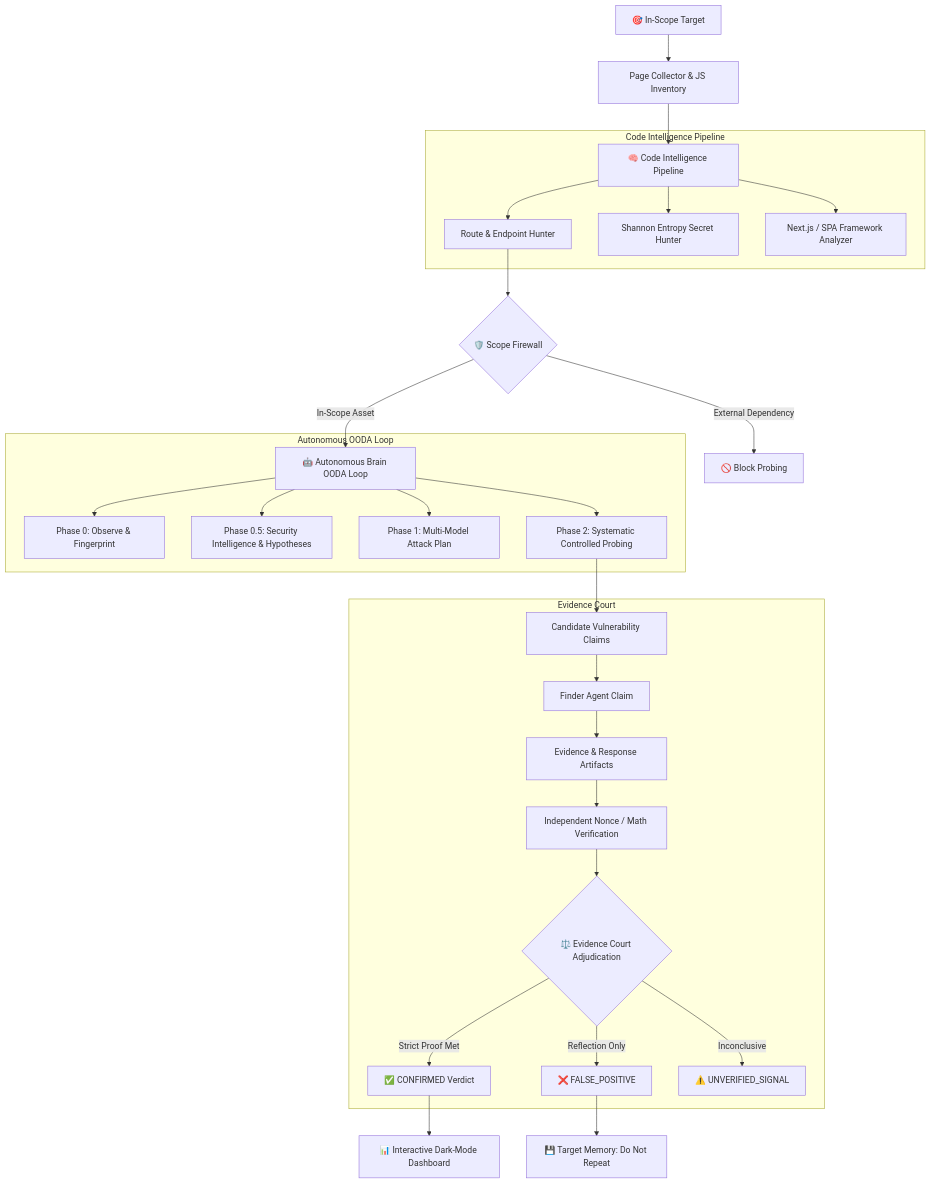
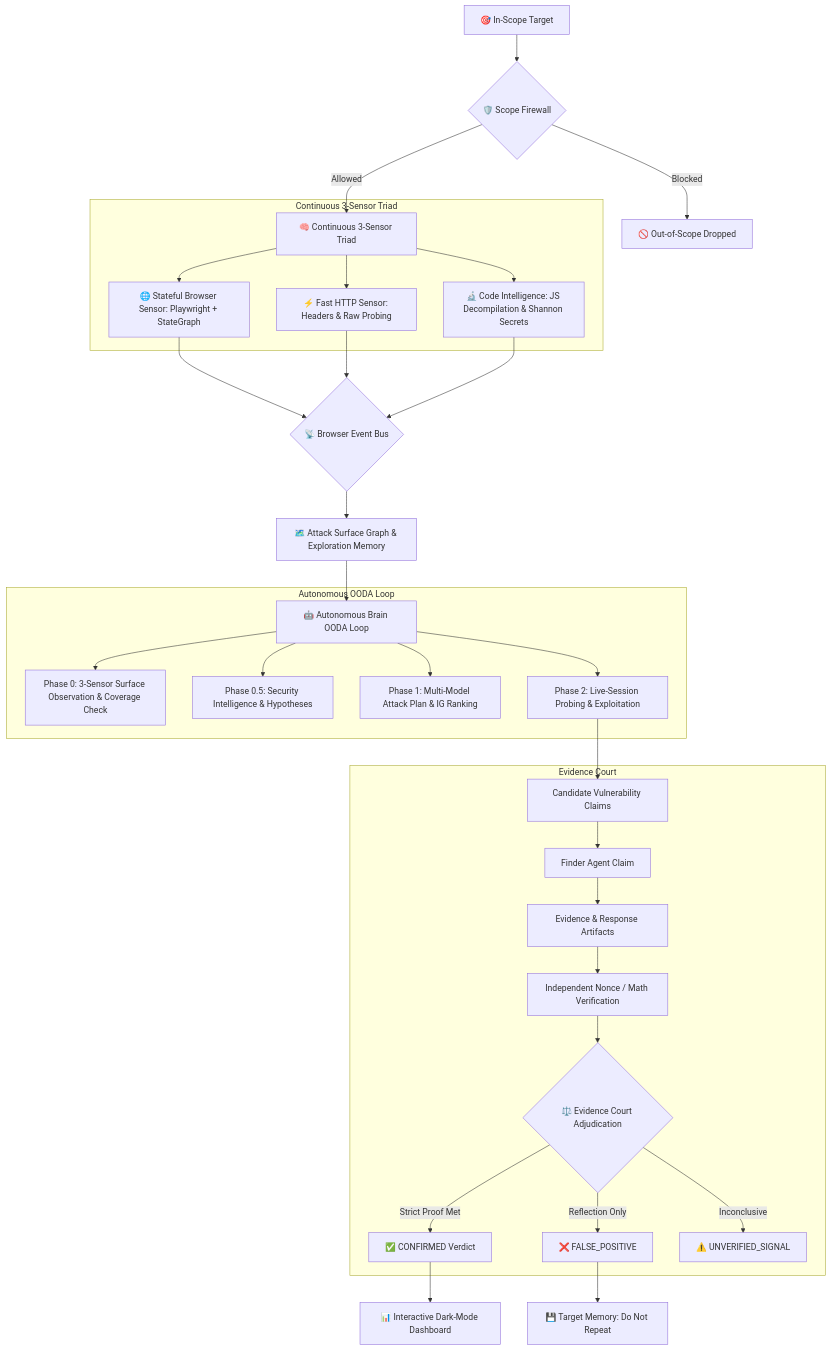
One commit to Abdo453/HunterAI changed the diagram in README.md. Above: the diagram before and after it, drawn with Mermaid. The commit also changed other lines of this file and 18 other files, not shown here.

Commit message:
feat(browser): transform browser into persistent 3-sensor triad with event bus, exploration memory, and coverage engine

````diff
--- a/README.md
+++ b/README.md
@@ -56,37 +56,41 @@
 ```mermaid
 flowchart TD
-    Target[🎯 In-Scope Target] --> Collector[Page Collector & JS Inventory]
-    Collector --> CodeIntel[🧠 Code Intelligence Pipeline]
-    
-    subgraph Code Intelligence Pipeline
-        CodeIntel --> Endpoints[Route & Endpoint Hunter]
-        CodeIntel --> Secrets[Shannon Entropy Secret Hunter]
-        CodeIntel --> Framework[Next.js / SPA Framework Analyzer]
+    Target[🎯 In-Scope Target] --> ScopeGuard{🛡️ Scope Firewall}
+    ScopeGuard -->|Blocked| Firewalled[🚫 Out-of-Scope Dropped]
+    ScopeGuard -->|Allowed| Sensors[🧠 Continuous 3-Sensor Triad]
+
+    subgraph Continuous 3-Sensor Triad
+        Sensors --> BrowserSensor[🌐 Stateful Browser Sensor: Playwright + StateGraph]
+        Sensors --> HttpSensor[⚡ Fast HTTP Sensor: Headers & Raw Probing]
+        Sensors --> CodeSensor[🔬 Code Intelligence: JS Decompilation & Shannon Secrets]
     end
 
-    Endpoints --> ScopeGuard{🛡️ Scope Firewall}
-    ScopeGuard -->|External Dependency| Firewalled[🚫 Block Probing]
-    ScopeGuard -->|In-Scope Asset| Brain[🤖 Autonomous Brain OODA Loop]
+    BrowserSensor --> EventBus{📡 Browser Event Bus}
+    HttpSensor --> EventBus
+    CodeSensor --> EventBus
+
+    EventBus --> SurfaceGraph[🗺️ Attack Surface Graph & Exploration Memory]
+    SurfaceGraph --> Brain[🤖 Autonomous Brain OODA Loop]
 
     subgraph Autonomous OODA Loop
-        Brain --> Observe[Phase 0: Observe & Fingerprint]
+        Brain --> Observe[Phase 0: 3-Sensor Surface Observation & Coverage Check]
         Brain --> Orient[Phase 0.5: Security Intelligence & Hypotheses]
-        Brain --> Decide[Phase 1: Multi-Model Attack Plan]
-        Brain --> Act[Phase 2: Systematic Controlled Probing]
+        Brain --> Decide[Phase 1: Multi-Model Attack Plan & IG Ranking]
+        Brain --> Act[Phase 2: Live-Session Probing & Exploitation]
     end
 
     Act --> Claims[Candidate Vulnerability Claims]
 
     subgraph Evidence Court
         Claims --> FinderAgent[Finder Agent Claim]
         FinderAgent --> EvidenceCollector[Evidence & Response Artifacts]
         EvidenceCollector --> VerifierAgent[Independent Nonce / Math Verification]
         VerifierAgent --> CourtVerdict{⚖️ Evidence Court Adjudication}
         CourtVerdict -->|Strict Proof Met| Confirmed[✅ CONFIRMED Verdict]
         CourtVerdict -->|Reflection Only| FalsePos[❌ FALSE_POSITIVE]
         CourtVerdict -->|Inconclusive| Unverified[⚠️ UNVERIFIED_SIGNAL]
     end
 
     Confirmed --> Dashboard[📊 Interactive Dark-Mode Dashboard]
     FalsePos --> TargetMemory[💾 Target Memory: Do Not Repeat]
 ```
````
